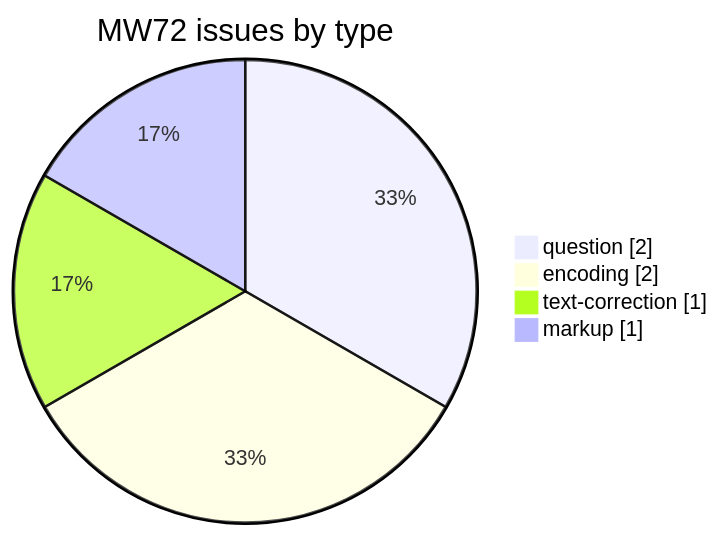
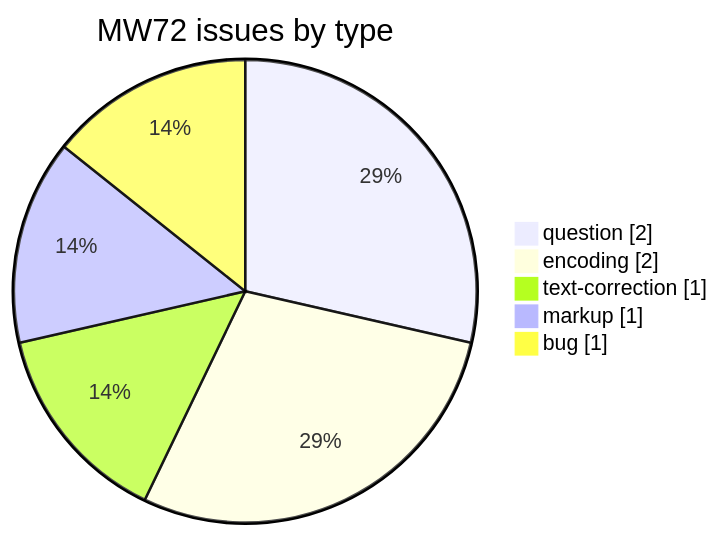
The second of 3 diagrams in README.md (sanskrit-lexicon/MW72), drawn with Mermaid before and after one commit. The commit also changed other lines of this file and 26 other files, not shown here.

````diff
--- a/README.md
+++ b/README.md
@@ -47,8 +50,9 @@
 ```mermaid
 pie showData
   title MW72 issues by type
   "question" : 2
   "encoding" : 2
   "text-correction" : 1
   "markup" : 1
+  "bug" : 1
 ```
````
